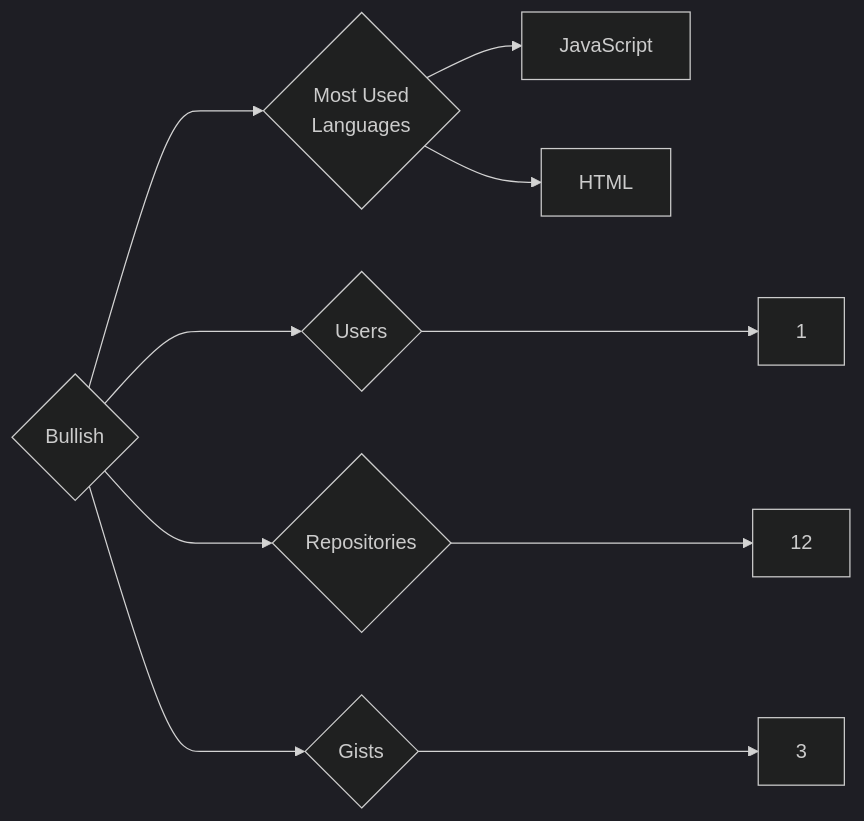
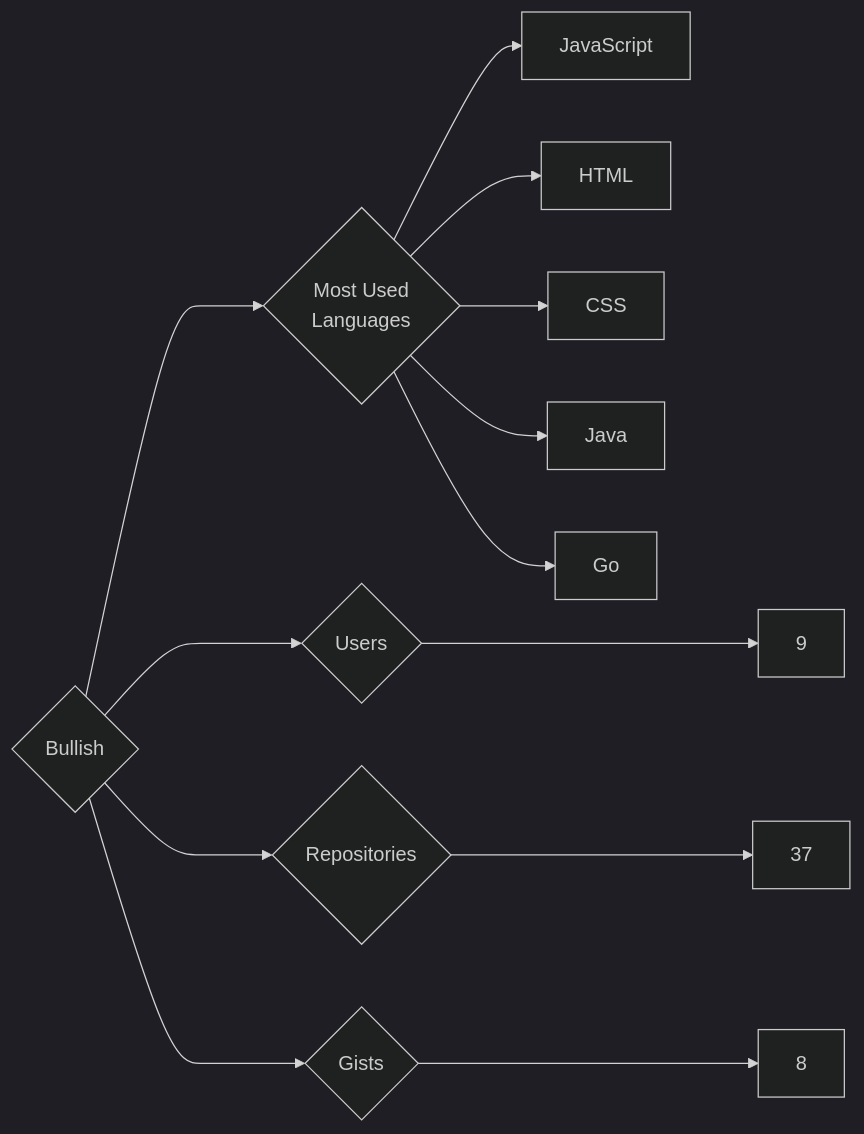
Before and after one commit to trickest/insiders: the diagram in targets/Bullish/README.md, drawn with Mermaid (dark theme). The commit also changed 944 other files, not shown here.

````diff
--- a/targets/Bullish/README.md
+++ b/targets/Bullish/README.md
@@ -3,10 +3,13 @@
 ```mermaid
 graph LR
 COMPANY_NAME{Bullish}
-COMPANY_NAME ---> U{Users} ---> UN[1]
-COMPANY_NAME ---> R{Repositories} ---> RN[12]
-COMPANY_NAME ---> G{Gists} ---> GN[3]
+COMPANY_NAME ---> U{Users} ---> UN[9]
+COMPANY_NAME ---> R{Repositories} ---> RN[37]
+COMPANY_NAME ---> G{Gists} ---> GN[8]
 COMPANY_NAME ---> ML{Most Used<br>Languages}
 ML --> JavaScript[JavaScript]
 ML --> HTML[HTML]
+ML --> CSS[CSS]
+ML --> Java[Java]
+ML --> Go[Go]
 ```
````
